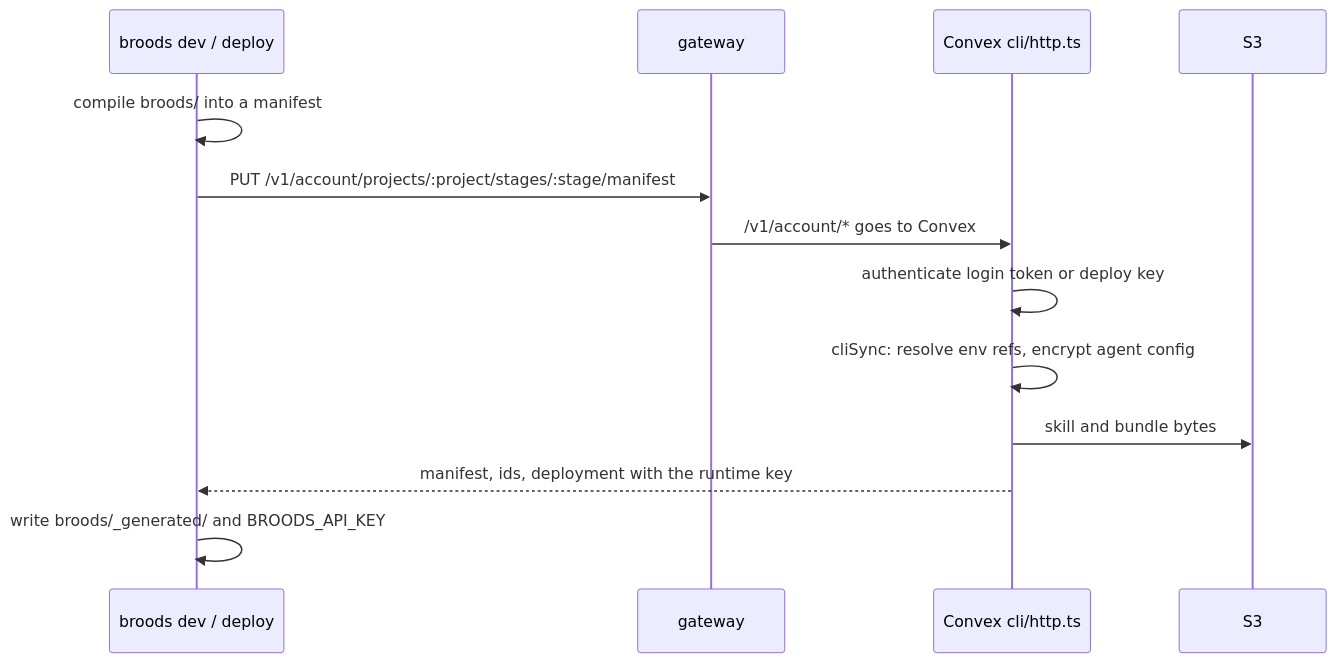
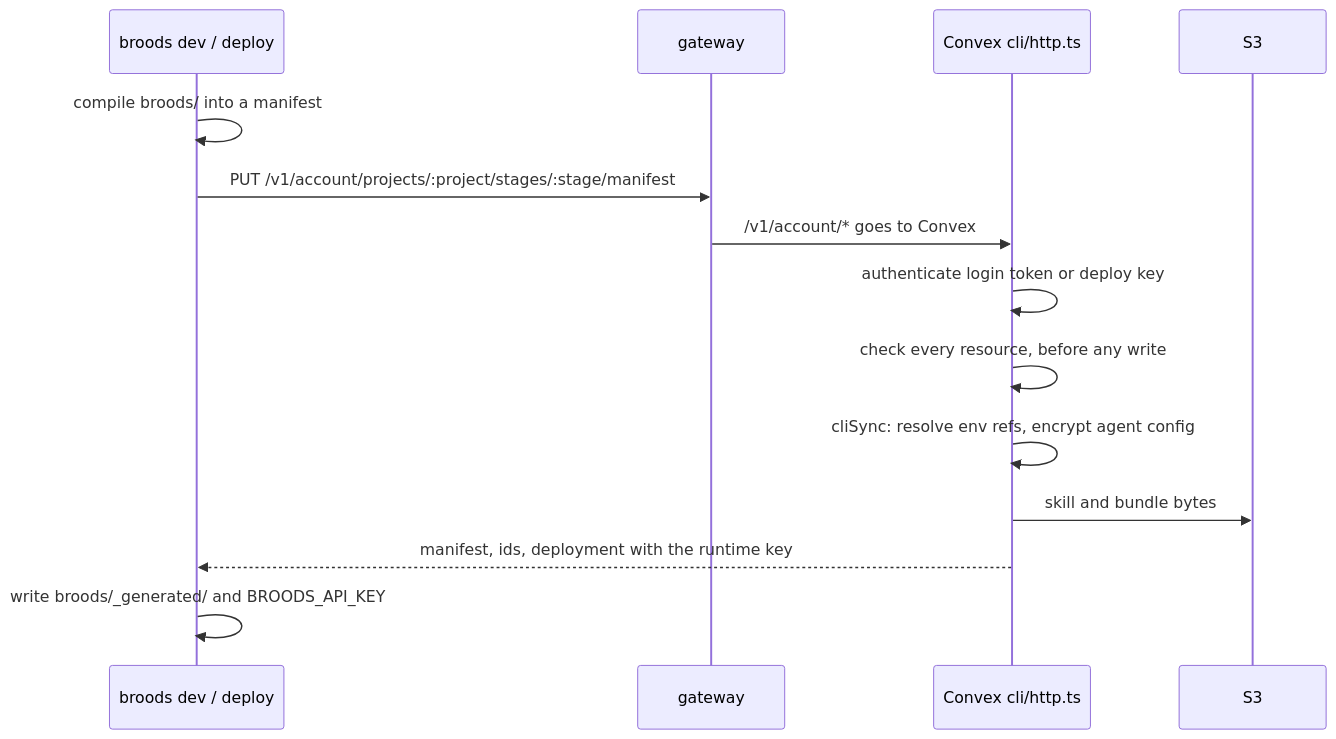
Before and after one commit to beeblastco/broods: the fifth of 6 diagrams in apps/docs/docs/internals/architecture.md, drawn with Mermaid. The commit also changed other lines of this file and 7 other files, not shown here.

First line of the commit message:
fix(cli-sync): check the whole manifest before uploading any of it

````diff
--- a/apps/docs/docs/internals/architecture.md
+++ b/apps/docs/docs/internals/architecture.md
@@ -216,15 +216,16 @@
 ```mermaid
 sequenceDiagram
   participant CLI as broods dev / deploy
   participant G as gateway
   participant V as Convex cli/http.ts
   participant S as S3
   CLI->>CLI: compile broods/ into a manifest
   CLI->>G: PUT /v1/account/projects/:project/stages/:stage/manifest
   G->>V: /v1/account/* goes to Convex
   V->>V: authenticate login token or deploy key
+  V->>V: check every resource, before any write
   V->>V: cliSync: resolve env refs, encrypt agent config
   V->>S: skill and bundle bytes
   V-->>CLI: manifest, ids, deployment with the runtime key
   CLI->>CLI: write broods/_generated/ and BROODS_API_KEY
 ```
````
